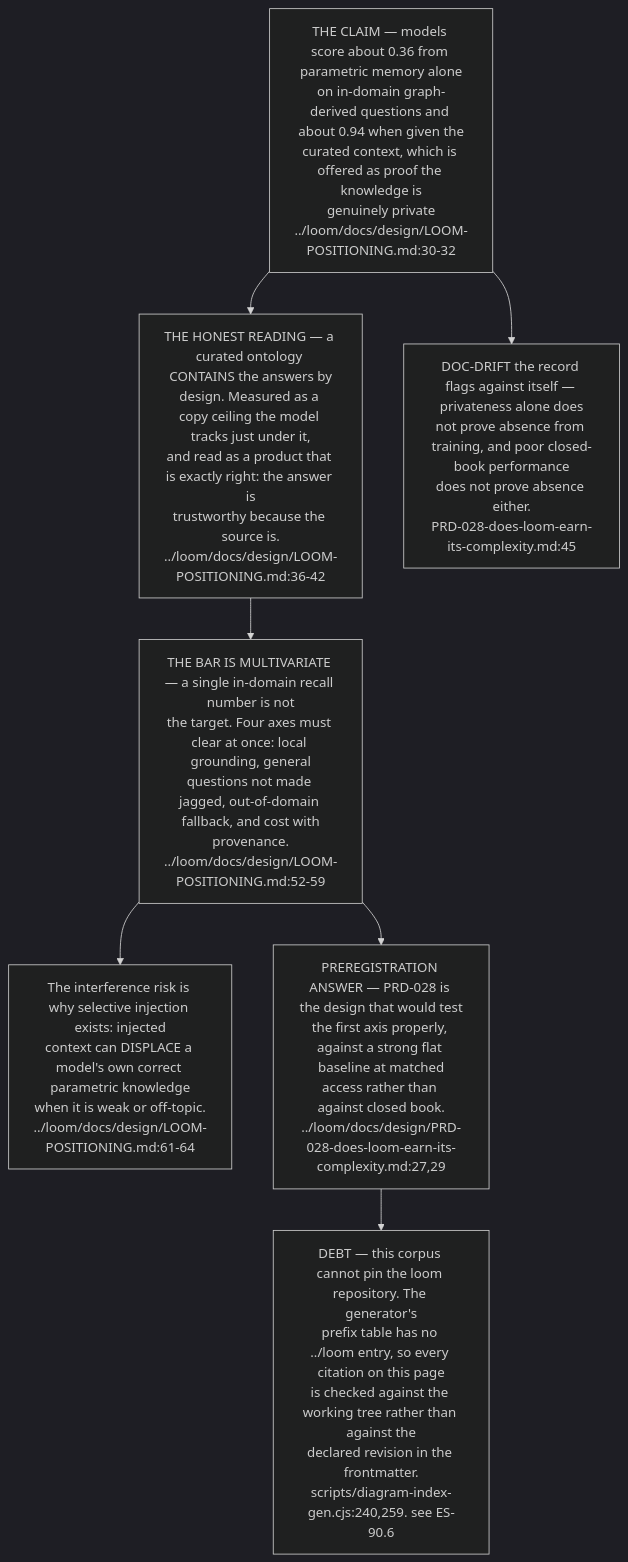
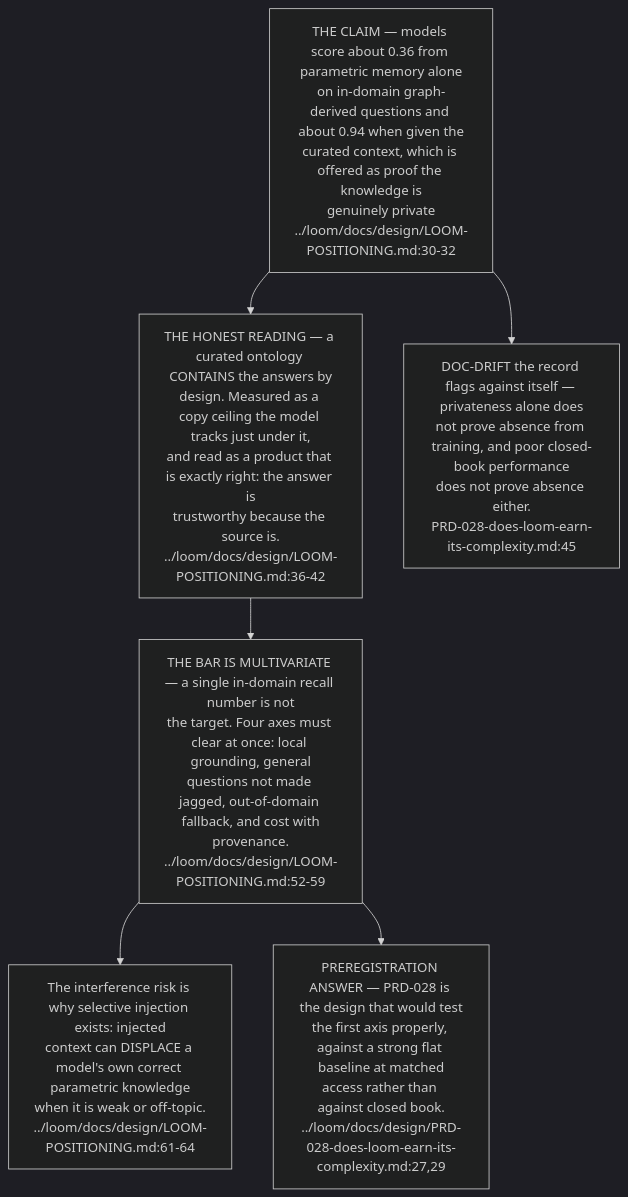
One commit to DreamLab-AI/VisionFlow changed the seventh of 7 diagrams in docs/diagrams/estate/12-loom-evaluation-and-preregistration.md. Above: the diagram before and after it, drawn with Mermaid (dark theme). The commit also changed other lines of this file and 136 other files, not shown here.

First line of the commit message:
docs(diagrams): refresh the whole corpus to code HEAD and prune low-value diagrams

````diff
--- a/docs/diagrams/estate/12-loom-evaluation-and-preregistration.md
+++ b/docs/diagrams/estate/12-loom-evaluation-and-preregistration.md
@@ -232,22 +223,19 @@
 ```mermaid
 flowchart TB
     CLAIM["THE CLAIM — models score about 0.36 from parametric memory alone<br/>on in-domain graph-derived questions and about 0.94 when given the<br/>curated context, which is offered as proof the knowledge is<br/>genuinely private<br/>../loom/docs/design/LOOM-POSITIONING.md:30-32"]
 
     CEIL["THE HONEST READING — a curated ontology CONTAINS the answers by<br/>design. Measured as a copy ceiling the model tracks just under it,<br/>and read as a product that is exactly right: the answer is<br/>trustworthy because the source is.<br/>../loom/docs/design/LOOM-POSITIONING.md:36-42"]
     CLAIM --> CEIL
 
     MULTI["THE BAR IS MULTIVARIATE — a single in-domain recall number is not<br/>the target. Four axes must clear at once: local grounding, general<br/>questions not made jagged, out-of-domain fallback, and cost with<br/>provenance.<br/>../loom/docs/design/LOOM-POSITIONING.md:52-59"]
     CEIL --> MULTI
 
     RISK["The interference risk is why selective injection exists: injected<br/>context can DISPLACE a model's own correct parametric knowledge<br/>when it is weak or off-topic.<br/>../loom/docs/design/LOOM-POSITIONING.md:61-64"]
     MULTI --> RISK
 
     PRE["PREREGISTRATION ANSWER — PRD-028 is the design that would test<br/>the first axis properly, against a strong flat baseline at matched<br/>access rather than against closed book.<br/>../loom/docs/design/PRD-028-does-loom-earn-its-complexity.md:27,29"]
     MULTI --> PRE
 
     CAVEAT["DOC-DRIFT the record flags against itself — privateness alone does<br/>not prove absence from training, and poor closed-book performance<br/>does not prove absence either.<br/>PRD-028-does-loom-earn-its-complexity.md:45"]
     CLAIM --> CAVEAT
-
-    DEBTC["DEBT — this corpus cannot pin the loom repository. The generator's<br/>prefix table has no ../loom entry, so every citation on this page<br/>is checked against the working tree rather than against the<br/>declared revision in the frontmatter.<br/>scripts/diagram-index-gen.cjs:240,259. see ES-90.6"]
-    PRE --> DEBTC
 ```
````
